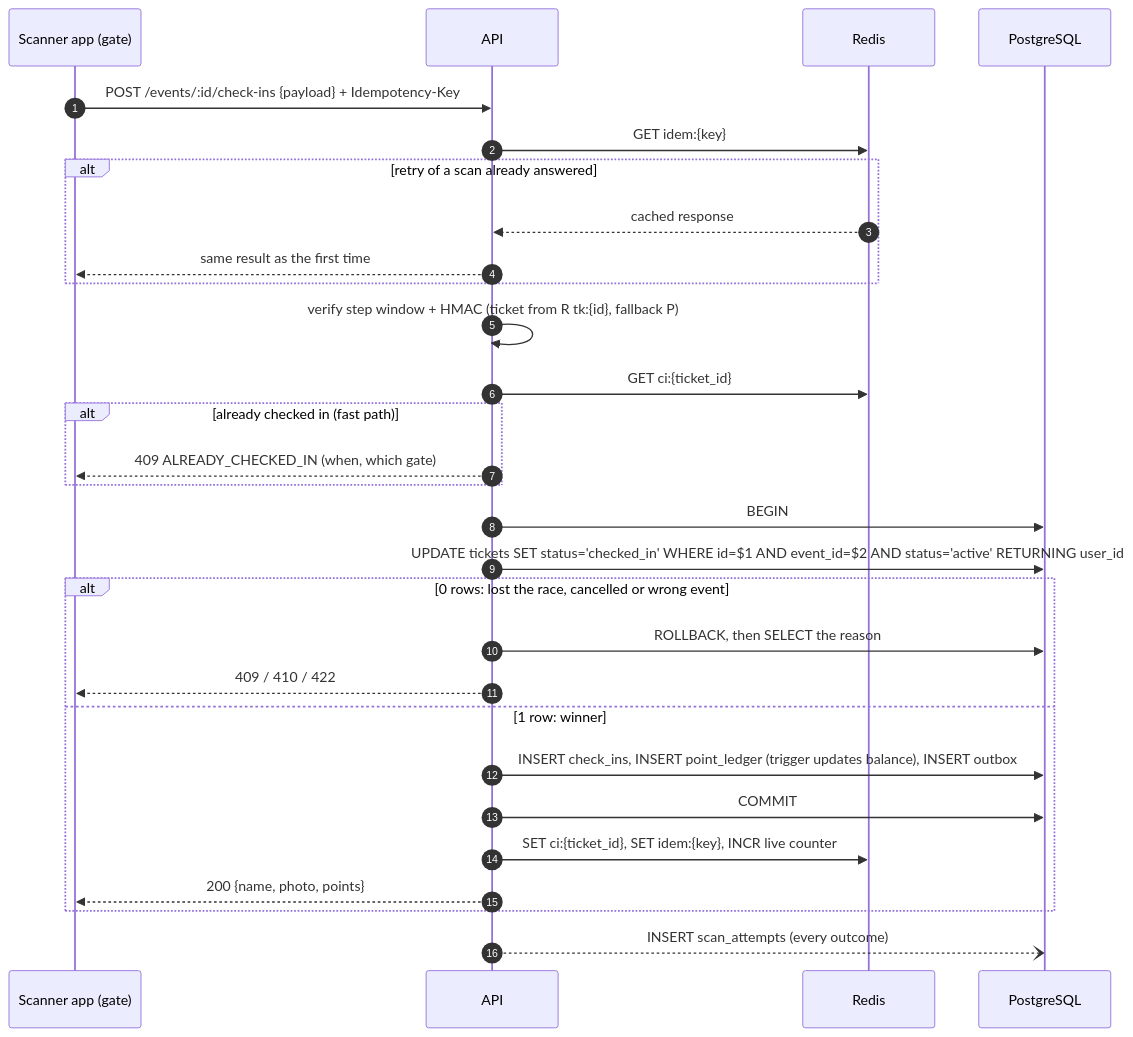
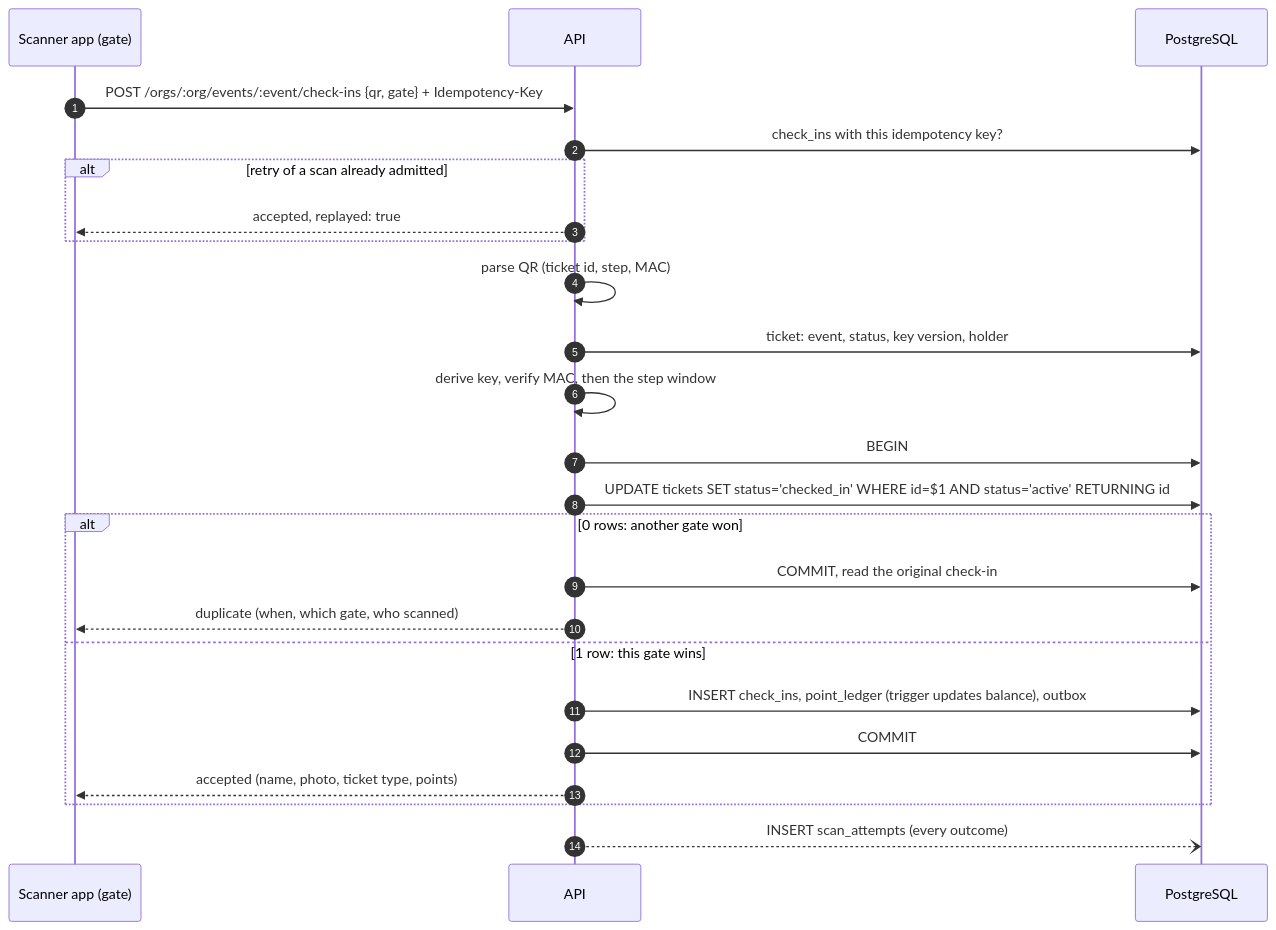
The second of 2 diagrams in docs/ARCHITECTURE.md (erenkamil07/etkin), drawn with Mermaid before and after one commit. The commit also changed other lines of this file and 7 other files, not shown here.

````diff
--- a/docs/ARCHITECTURE.md
+++ b/docs/ARCHITECTURE.md
@@ -131,31 +131,26 @@
 ```mermaid
 sequenceDiagram
   autonumber
   participant S as Scanner app (gate)
   participant A as API
-  participant R as Redis
   participant P as PostgreSQL
-  S->>A: POST /events/:id/check-ins {payload} + Idempotency-Key
-  A->>R: GET idem:{key}
-  alt retry of a scan already answered
-    R-->>A: cached response
-    A-->>S: same result as the first time
+  S->>A: POST /orgs/:org/events/:event/check-ins {qr, gate} + Idempotency-Key
+  A->>P: check_ins with this idempotency key?
+  alt retry of a scan already admitted
+    A-->>S: accepted, replayed: true
   end
-  A->>A: verify step window + HMAC (ticket from R tk:{id}, fallback P)
-  A->>R: GET ci:{ticket_id}
-  alt already checked in (fast path)
-    A-->>S: 409 ALREADY_CHECKED_IN (when, which gate)
-  end
+  A->>A: parse QR (ticket id, step, MAC)
+  A->>P: ticket: event, status, key version, holder
+  A->>A: derive key, verify MAC, then the step window
   A->>P: BEGIN
-  A->>P: UPDATE tickets SET status='checked_in' WHERE id=$1 AND event_id=$2 AND status='active' RETURNING user_id
-  alt 0 rows: lost the race, cancelled or wrong event
-    A->>P: ROLLBACK, then SELECT the reason
-    A-->>S: 409 / 410 / 422
-  else 1 row: winner
-    A->>P: INSERT check_ins, INSERT point_ledger (trigger updates balance), INSERT outbox
+  A->>P: UPDATE tickets SET status='checked_in' WHERE id=$1 AND status='active' RETURNING id
+  alt 0 rows: another gate won
+    A->>P: COMMIT, read the original check-in
+    A-->>S: duplicate (when, which gate, who scanned)
+  else 1 row: this gate wins
+    A->>P: INSERT check_ins, point_ledger (trigger updates balance), outbox
     A->>P: COMMIT
-    A->>R: SET ci:{ticket_id}, SET idem:{key}, INCR live counter
-    A-->>S: 200 {name, photo, points}
+    A-->>S: accepted (name, photo, ticket type, points)
   end
   A--)P: INSERT scan_attempts (every outcome)
 ```
````
